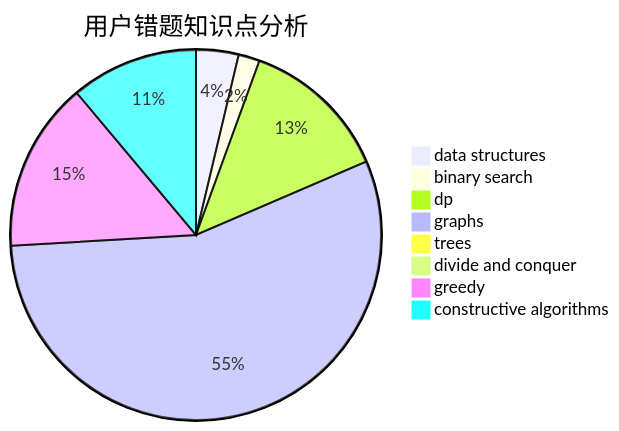
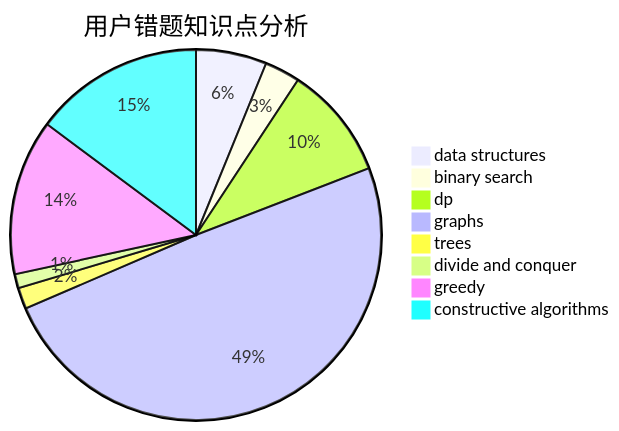
The third of 3 diagrams in docs/user/u2513.md (sherpahu/cfrs.github.io), drawn with Mermaid before and after one commit. The commit also changed other lines of this file and 2770 other files, not shown here.

````diff
--- a/docs/user/u2513.md
+++ b/docs/user/u2513.md
@@ -36,11 +36,11 @@
 ```mermaid
 pie title 用户错题知识点分析
-    "data structures" :  4
-    "binary search" :  2
-    "dp" :  14
-    "graphs" :  60
-    "trees" :  1
-    "divide and conquer" :  1
-    "greedy" :  16
-    "constructive algorithms" :  12
+    "data structures" :  10
+    "binary search" :  5
+    "dp" :  16
+    "graphs" :  80
+    "trees" :  3
+    "divide and conquer" :  2
+    "greedy" :  22
+    "constructive algorithms" :  24
 ```
````
